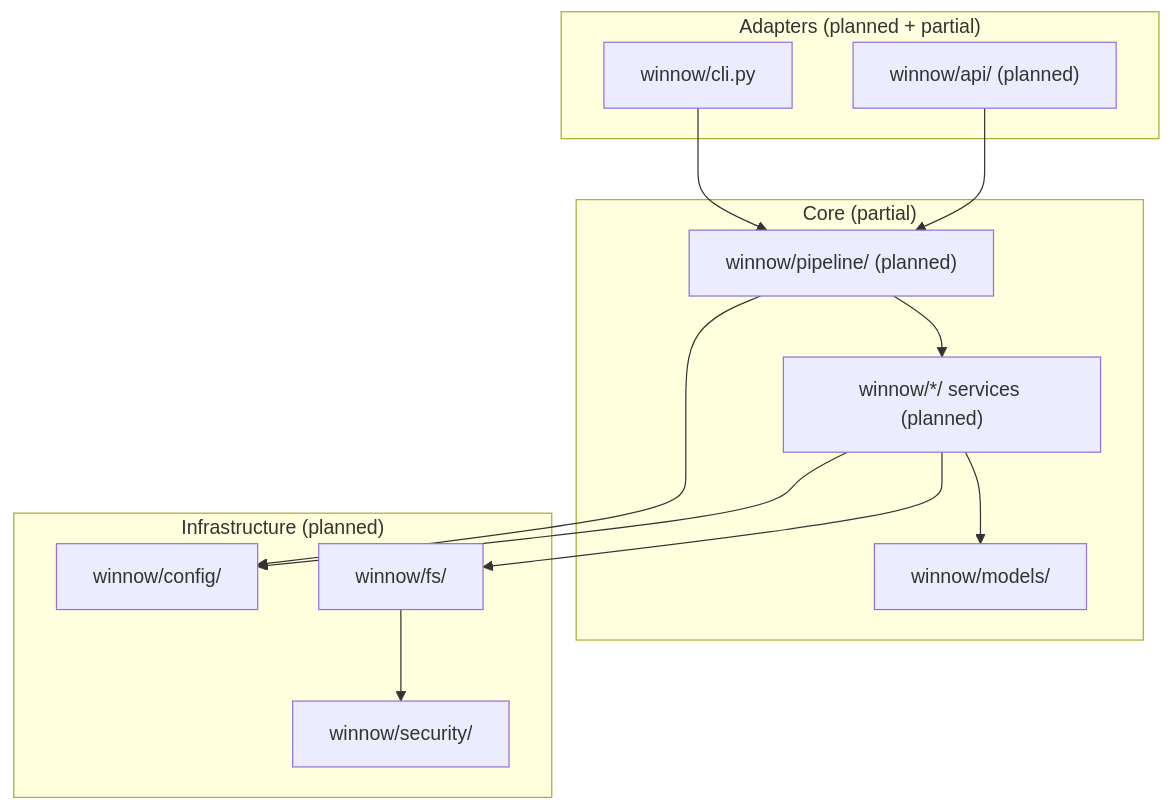
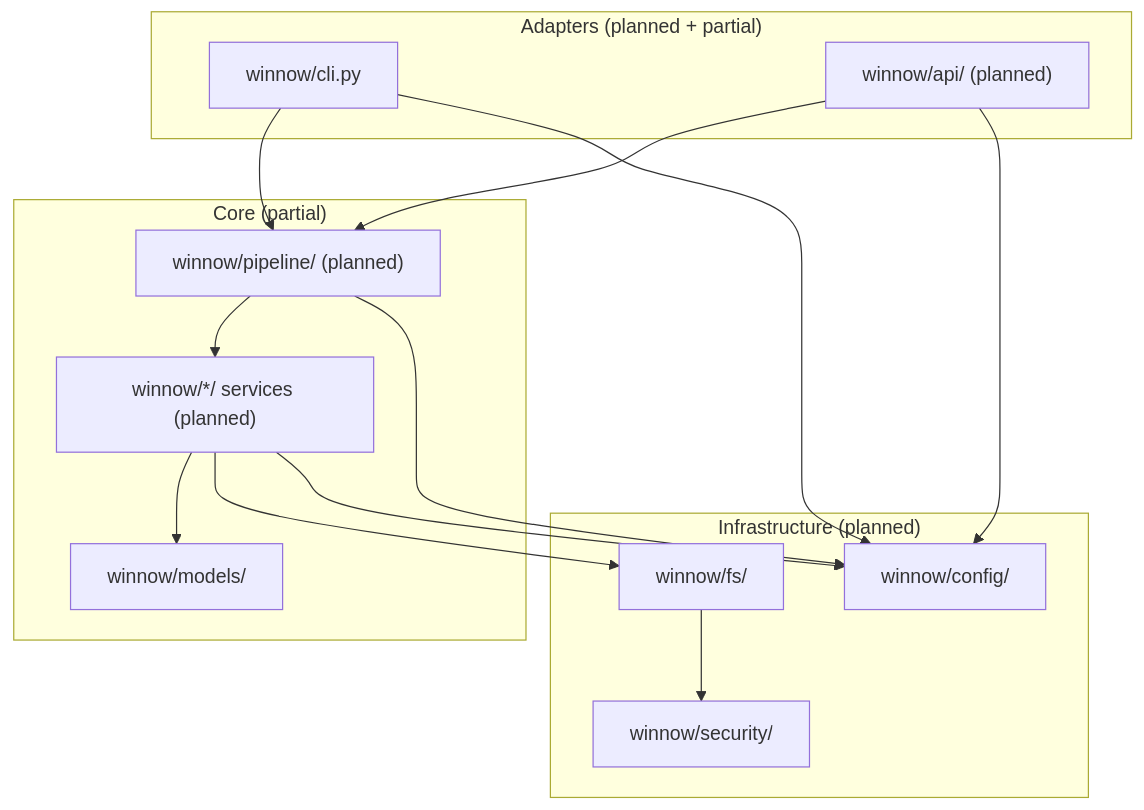
Before and after one commit to lgtm-hq/winnow: the first of 2 diagrams in docs/ARCHITECTURE.md, drawn with Mermaid. The commit also changed other lines of this file, not shown here.

First line of the commit message:
docs(arch): align config-access edges and clarify pipeline step naming

````diff
--- a/docs/ARCHITECTURE.md
+++ b/docs/ARCHITECTURE.md
@@ -49,28 +49,30 @@
 ```mermaid
 flowchart TB
   subgraph adapters["Adapters (planned + partial)"]
     CLI["winnow/cli.py"]
     API["winnow/api/ (planned)"]
   end
 
   subgraph core["Core (partial)"]
     Models["winnow/models/"]
     Services["winnow/*/ services (planned)"]
     Pipeline["winnow/pipeline/ (planned)"]
   end
 
   subgraph infra["Infrastructure (planned)"]
     FS["winnow/fs/"]
     Config["winnow/config/"]
     Security["winnow/security/"]
   end
 
   CLI --> Pipeline
   API --> Pipeline
+  CLI --> Config
+  API --> Config
   Pipeline --> Services
   Pipeline --> Config
   Services --> Models
   Services --> FS
   Services --> Config
   FS --> Security
 ```
````
